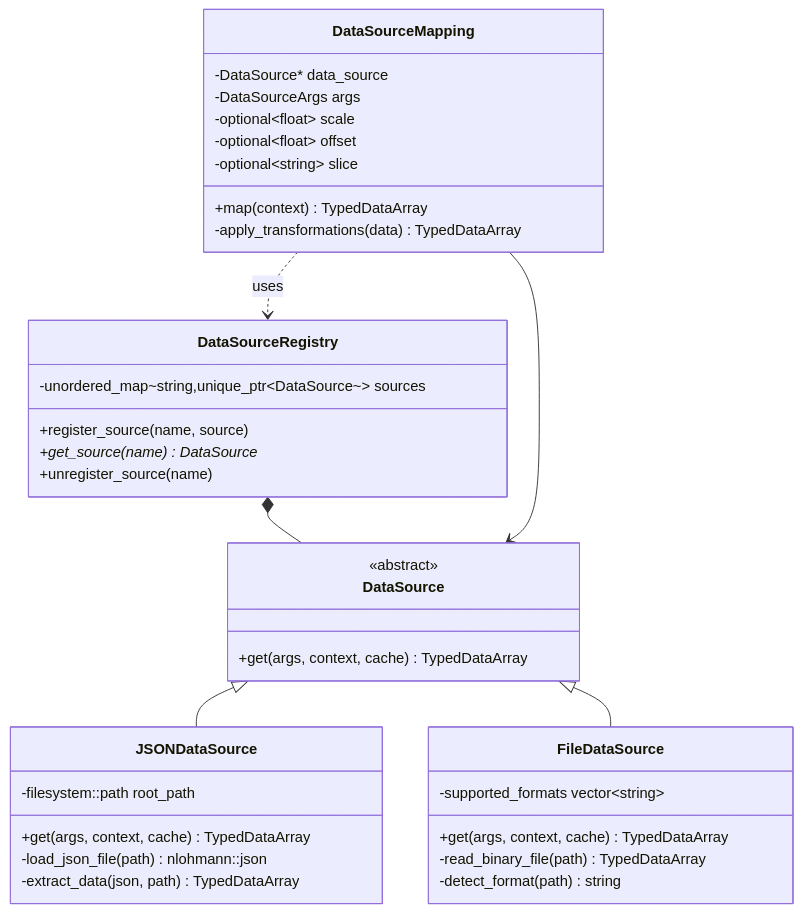
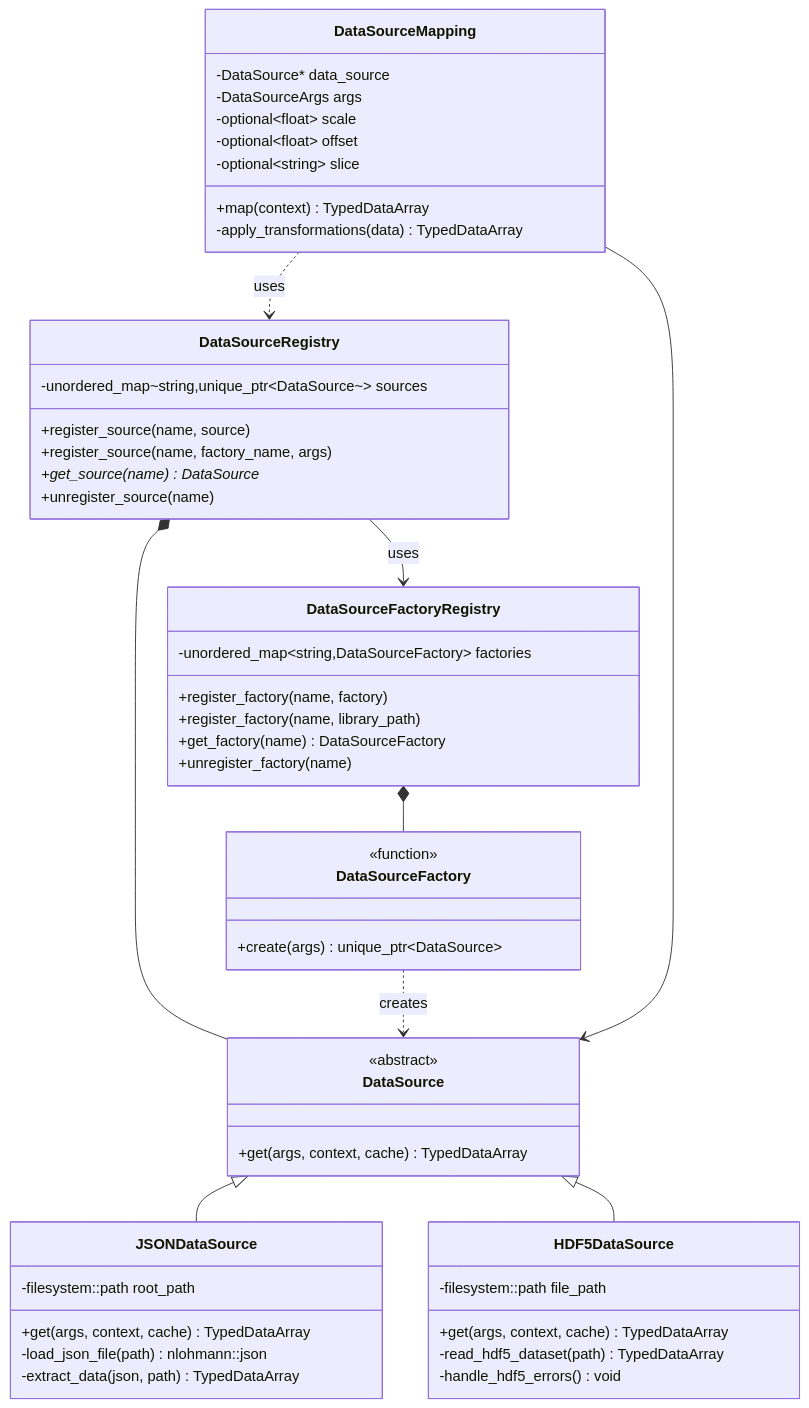
The sixth of 15 diagrams in docs/knowledge_graph/component_relationships.md (DavidPCoster/libtokamap), drawn with Mermaid before and after one commit. The commit also changed other lines of this file and 4 other files, not shown here.

First line of the commit message:
Update knowledge graph with develop branch improvements

````diff
--- a/docs/knowledge_graph/component_relationships.md
+++ b/docs/knowledge_graph/component_relationships.md
@@ -209,44 +209,61 @@
 ```mermaid
 classDiagram
     class DataSourceRegistry {
         -unordered_map~string,unique_ptr~DataSource~~ sources
         +register_source(name, source)
+        +register_source(name, factory_name, args)
         +get_source(name) DataSource*
         +unregister_source(name)
+    }
+    
+    class DataSourceFactory {
+        <<function>>
+        +create(args) unique_ptr~DataSource~
+    }
+    
+    class DataSourceFactoryRegistry {
+        -unordered_map~string,DataSourceFactory~ factories
+        +register_factory(name, factory)
+        +register_factory(name, library_path)
+        +get_factory(name) DataSourceFactory
+        +unregister_factory(name)
     }
     
     class DataSource {
         <<abstract>>
         +get(args, context, cache) TypedDataArray
     }
     
     class JSONDataSource {
         -filesystem::path root_path
         +get(args, context, cache) TypedDataArray
         -load_json_file(path) nlohmann::json
         -extract_data(json, path) TypedDataArray
     }
     
-    class FileDataSource {
-        -supported_formats vector~string~
+    class HDF5DataSource {
+        -filesystem::path file_path
         +get(args, context, cache) TypedDataArray
-        -read_binary_file(path) TypedDataArray
-        -detect_format(path) string
+        -read_hdf5_dataset(path) TypedDataArray
+        -handle_hdf5_errors() void
     }
     
     class DataSourceMapping {
         -DataSource* data_source
         -DataSourceArgs args
         -optional~float~ scale
         -optional~float~ offset
         -optional~string~ slice
         +map(context) TypedDataArray
         -apply_transformations(data) TypedDataArray
     }
     
     DataSourceRegistry *-- DataSource
+    DataSourceRegistry --> DataSourceFactoryRegistry : uses
+    DataSourceFactoryRegistry *-- DataSourceFactory
+    DataSourceFactory ..> DataSource : creates
     DataSource <|-- JSONDataSource
-    DataSource <|-- FileDataSource
+    DataSource <|-- HDF5DataSource
     DataSourceMapping --> DataSource
     DataSourceMapping ..> DataSourceRegistry : uses
 ```
````
